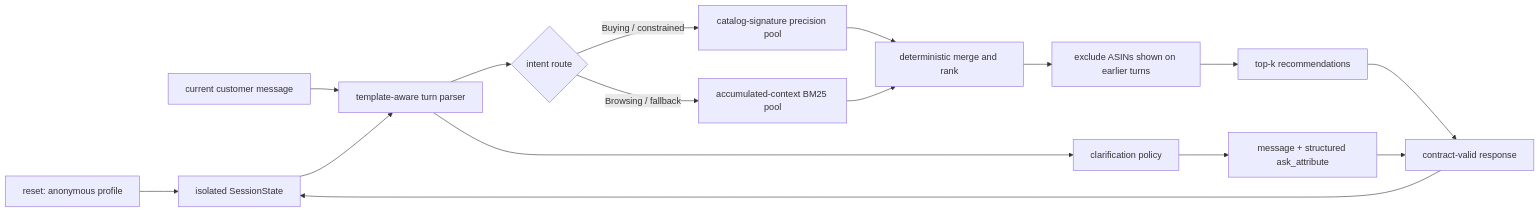
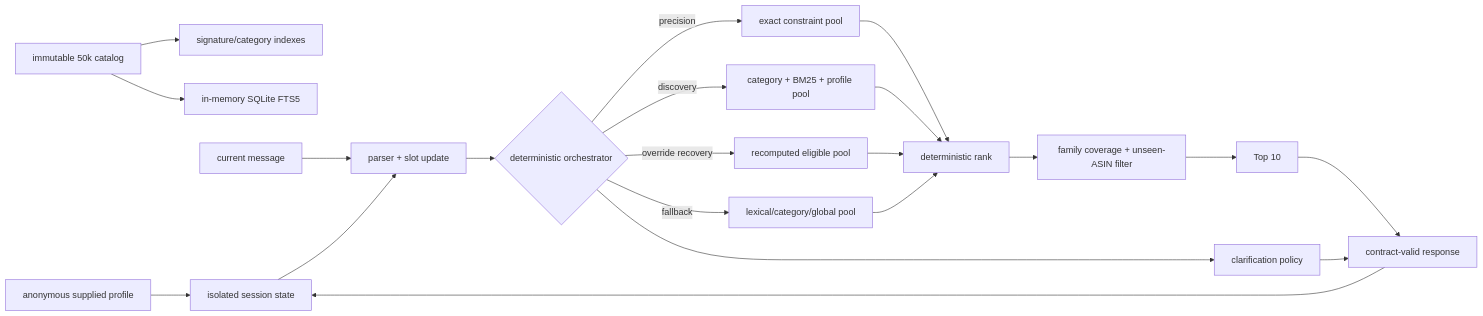
The diagram in README.md (shang-yi-qian/shopping-copilot), drawn with Mermaid before and after one commit. The commit also changed other lines of this file and 10 other files, not shown here.

````diff
--- a/README.md
+++ b/README.md
@@ -53,18 +43,23 @@
 ```mermaid
 flowchart LR
-    A[reset: anonymous profile] --> B[isolated SessionState]
-    C[current customer message] --> D[template-aware turn parser]
-    B --> D
-    D --> E{intent route}
-    E -->|Buying / constrained| F[catalog-signature precision pool]
-    E -->|Browsing / fallback| G[accumulated-context BM25 pool]
-    F --> H[deterministic merge and rank]
-    G --> H
-    H --> I[exclude ASINs shown on earlier turns]
-    I --> J[top-k recommendations]
-    D --> K[clarification policy]
-    K --> L[message + structured ask_attribute]
-    J --> M[contract-valid response]
+    A[immutable 50k catalog] --> B[signature/category indexes]
+    A --> C[in-memory SQLite FTS5]
+    D[anonymous supplied profile] --> E[isolated session state]
+    F[current message] --> G[parser + slot update]
+    E --> G
+    G --> H{deterministic orchestrator}
+    H -->|precision| I[exact constraint pool]
+    H -->|discovery| J[category + BM25 + profile pool]
+    H -->|override recovery| K[recomputed eligible pool]
+    H -->|fallback| L[lexical/category/global pool]
+    I --> M[deterministic rank]
+    J --> M
+    K --> M
     L --> M
-    M --> B
+    M --> N[family coverage + unseen-ASIN filter]
+    N --> O[Top 10]
+    H --> P[clarification policy]
+    O --> Q[contract-valid response]
+    P --> Q
+    Q --> E
 ```
````
